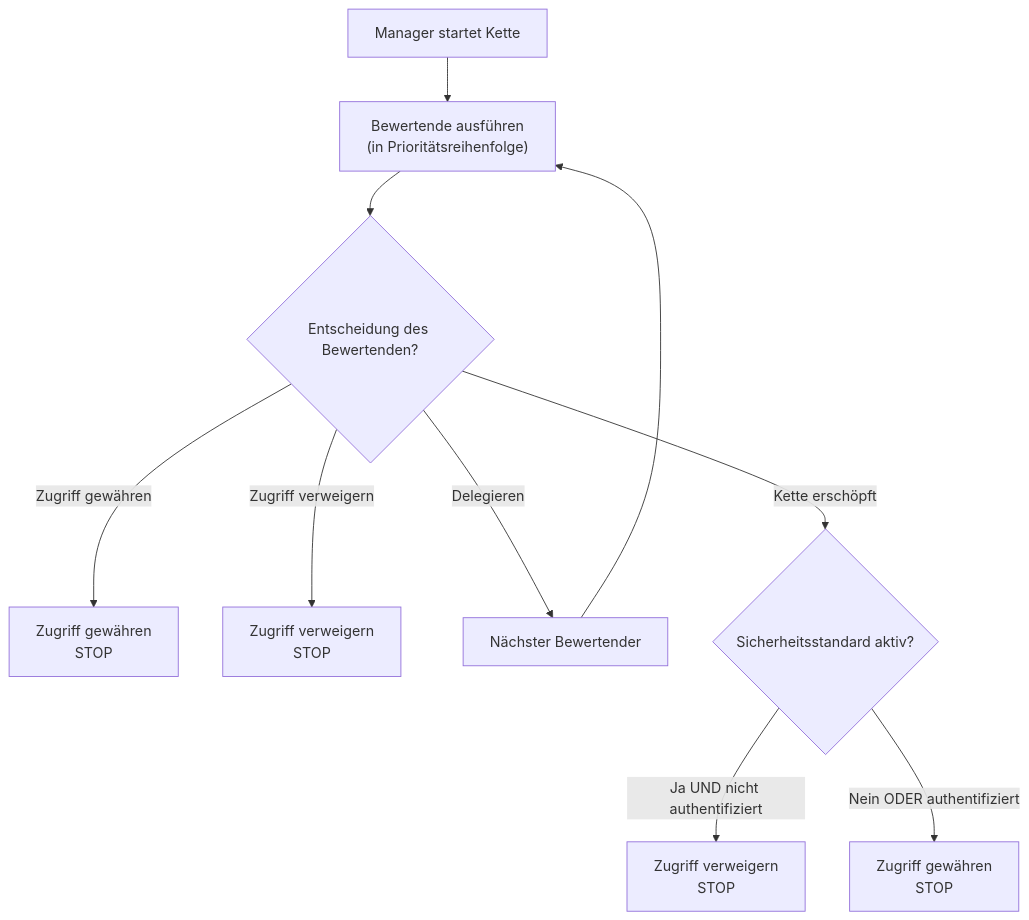
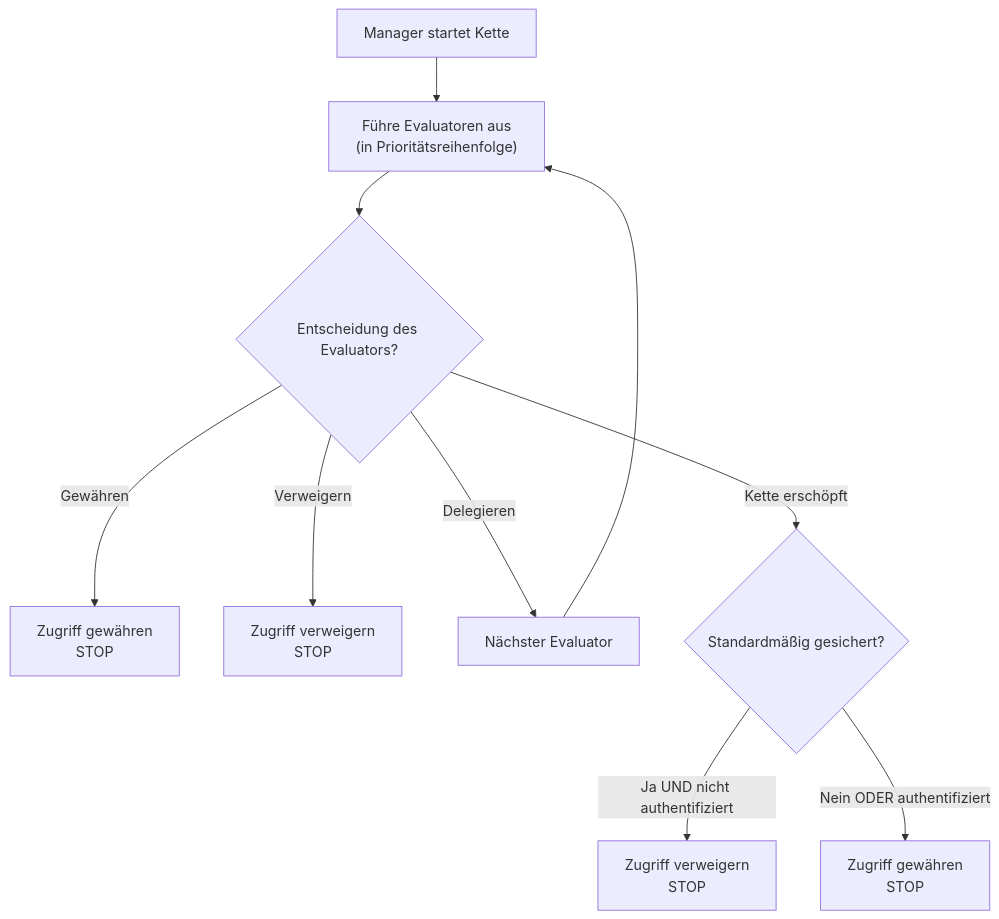
Before and after one commit to webforj/webforj-documentation: the diagram in docs/i18n/de/docusaurus-plugin-content-docs/current/security/architecture/evaluator-chain.md, drawn with Mermaid. The commit also changed other lines of this file and 389 other files, not shown here.

````diff
--- a/docs/i18n/de/docusaurus-plugin-content-docs/current/security/architecture/evaluator-chain.md
+++ b/docs/i18n/de/docusaurus-plugin-content-docs/current/security/architecture/evaluator-chain.md
@@ -45,15 +45,15 @@
 ```mermaid
 flowchart TD
-    Start["Manager startet Kette"] --> Eval["Bewertende ausführen<br/>(in Prioritätsreihenfolge)"]
+  Start["Manager startet Kette"] --> Eval["Führe Evaluatoren aus<br/>(in Prioritätsreihenfolge)"]
 
-    Eval --> Check{"Entscheidung des Bewertenden?"}
-    Check -->|Zugriff gewähren| Grant["Zugriff gewähren<br/>STOP"]
-    Check -->|Zugriff verweigern| Deny["Zugriff verweigern<br/>STOP"]
-    Check -->|Delegieren| Next["Nächster Bewertender"]
+  Eval --> Check{"Entscheidung des Evaluators?"}
+  Check -->|Gewähren| Grant["Zugriff gewähren<br/>STOP"]
+  Check -->|Verweigern| Deny["Zugriff verweigern<br/>STOP"]
+  Check -->|Delegieren| Next["Nächster Evaluator"]
 
-    Next --> Eval
+  Next --> Eval
 
-    Check -->|Kette erschöpft| Default{"Sicherheitsstandard aktiv?"}
-    Default -->|Ja UND nicht authentifiziert| DenyDefault["Zugriff verweigern<br/>STOP"]
-    Default -->|Nein ODER authentifiziert| GrantDefault["Zugriff gewähren<br/>STOP"]
+  Check -->|Kette erschöpft| Default{"Standardmäßig gesichert?"}
+  Default -->|Ja UND nicht authentifiziert| DenyDefault["Zugriff verweigern<br/>STOP"]
+  Default -->|Nein ODER authentifiziert| GrantDefault["Zugriff gewähren<br/>STOP"]
 ```
````
